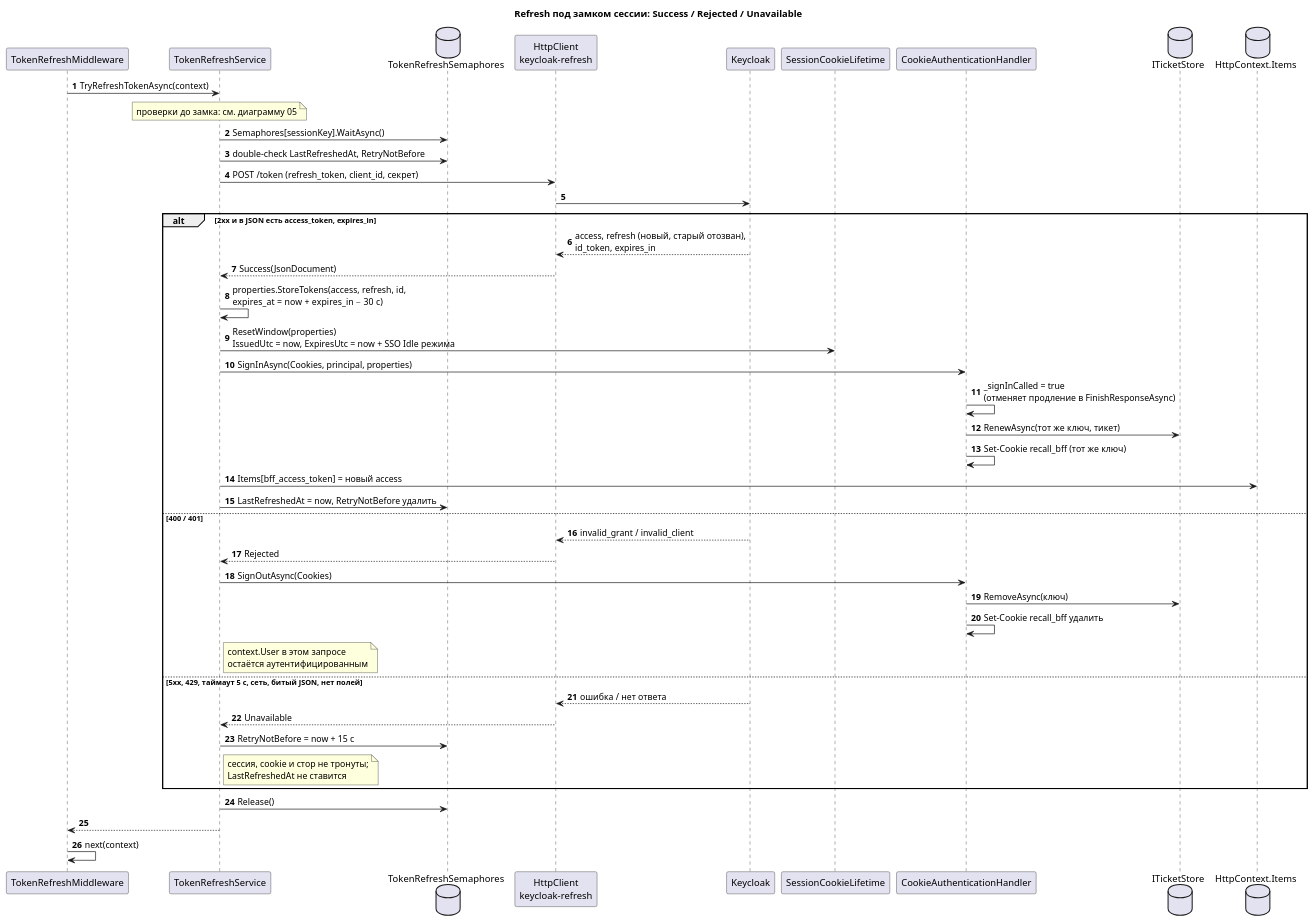
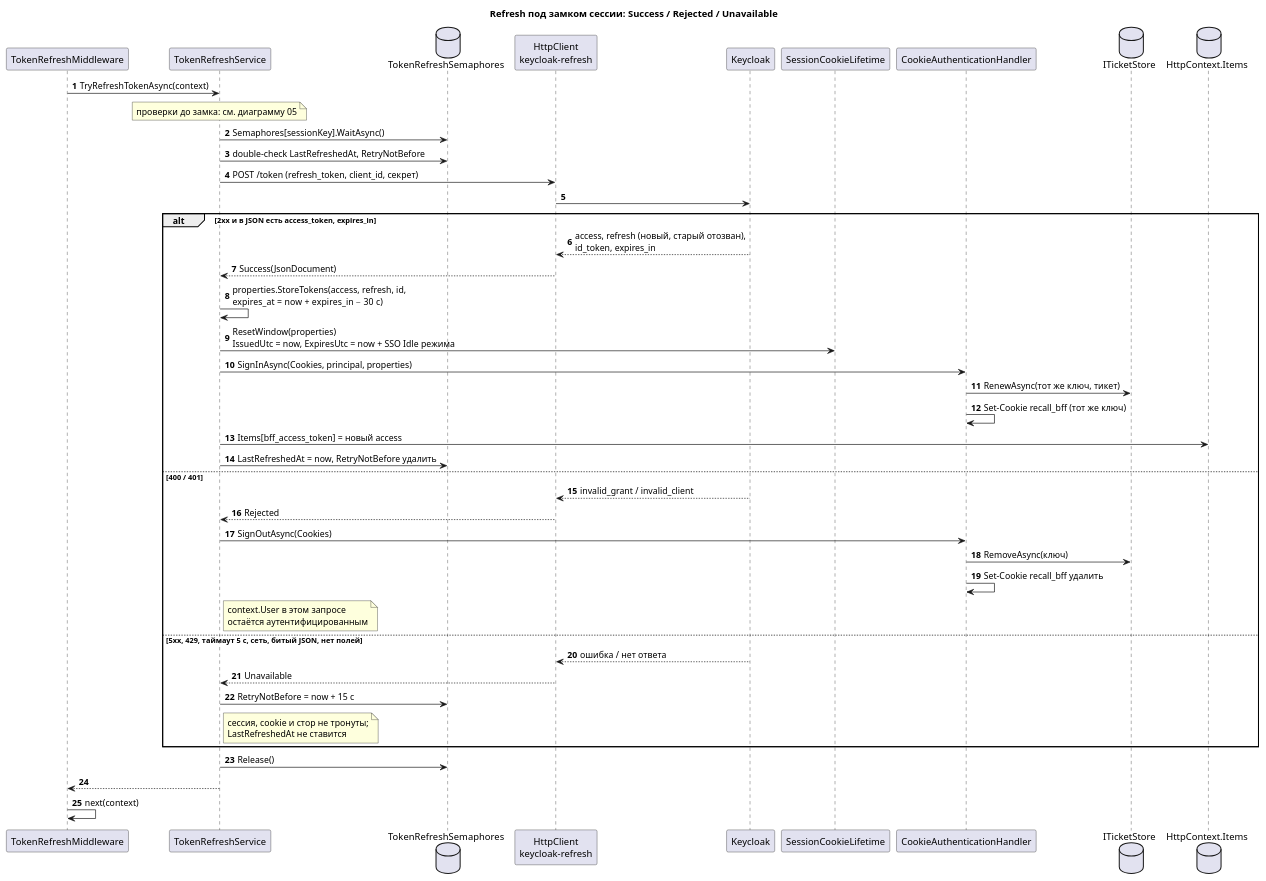
One commit to itacademy-edms-team/24_3_DNDE changed the diagram in RecallApp/docs/diagrams/bff-session - 06 refresh исходы.puml. Above: the diagram before and after it, drawn with PlantUML. The commit also changed 5 other files, not shown here.

```diff
--- a/RecallApp/docs/diagrams/bff-session - 06 refresh исходы.puml
+++ b/RecallApp/docs/diagrams/bff-session - 06 refresh исходы.puml
@@ -1,51 +1,50 @@
 @startuml bff-session-06-refresh-исходы
 title Refresh под замком сессии: Success / Rejected / Unavailable
 
 skinparam shadowing false
 autonumber
 
 participant "TokenRefreshMiddleware" as TR
 participant "TokenRefreshService" as T
 database "TokenRefreshSemaphores" as SM
 participant "HttpClient\nkeycloak-refresh" as H
 participant "Keycloak" as K
 participant "SessionCookieLifetime" as L
 participant "CookieAuthenticationHandler" as CH
 database "ITicketStore" as S
 database "HttpContext.Items" as I
 
 TR -> T : TryRefreshTokenAsync(context)
 note over T : проверки до замка: см. диаграмму 05
 T -> SM : Semaphores[sessionKey].WaitAsync()
 T -> SM : double-check LastRefreshedAt, RetryNotBefore
 T -> H : POST /token (refresh_token, client_id, секрет)
 H -> K
 alt 2xx и в JSON есть access_token, expires_in
   K --> H : access, refresh (новый, старый отозван),\nid_token, expires_in
   H --> T : Success(JsonDocument)
   T -> T : properties.StoreTokens(access, refresh, id,\nexpires_at = now + expires_in − 30 с)
   T -> L : ResetWindow(properties)\nIssuedUtc = now, ExpiresUtc = now + SSO Idle режима
   T -> CH : SignInAsync(Cookies, principal, properties)
-  CH -> CH : _signInCalled = true\n(отменяет продление в FinishResponseAsync)
   CH -> S : RenewAsync(тот же ключ, тикет)
   CH -> CH : Set-Cookie recall_bff (тот же ключ)
   T -> I : Items[bff_access_token] = новый access
   T -> SM : LastRefreshedAt = now, RetryNotBefore удалить
 else 400 / 401
   K --> H : invalid_grant / invalid_client
   H --> T : Rejected
   T -> CH : SignOutAsync(Cookies)
   CH -> S : RemoveAsync(ключ)
   CH -> CH : Set-Cookie recall_bff удалить
   note right of T : context.User в этом запросе\nостаётся аутентифицированным
 else 5xx, 429, таймаут 5 с, сеть, битый JSON, нет полей
   K --> H : ошибка / нет ответа
   H --> T : Unavailable
   T -> SM : RetryNotBefore = now + 15 с
   note right of T : сессия, cookie и стор не тронуты;\nLastRefreshedAt не ставится
 end
 T -> SM : Release()
 T --> TR
 TR -> TR : next(context)
 
 @enduml
```
